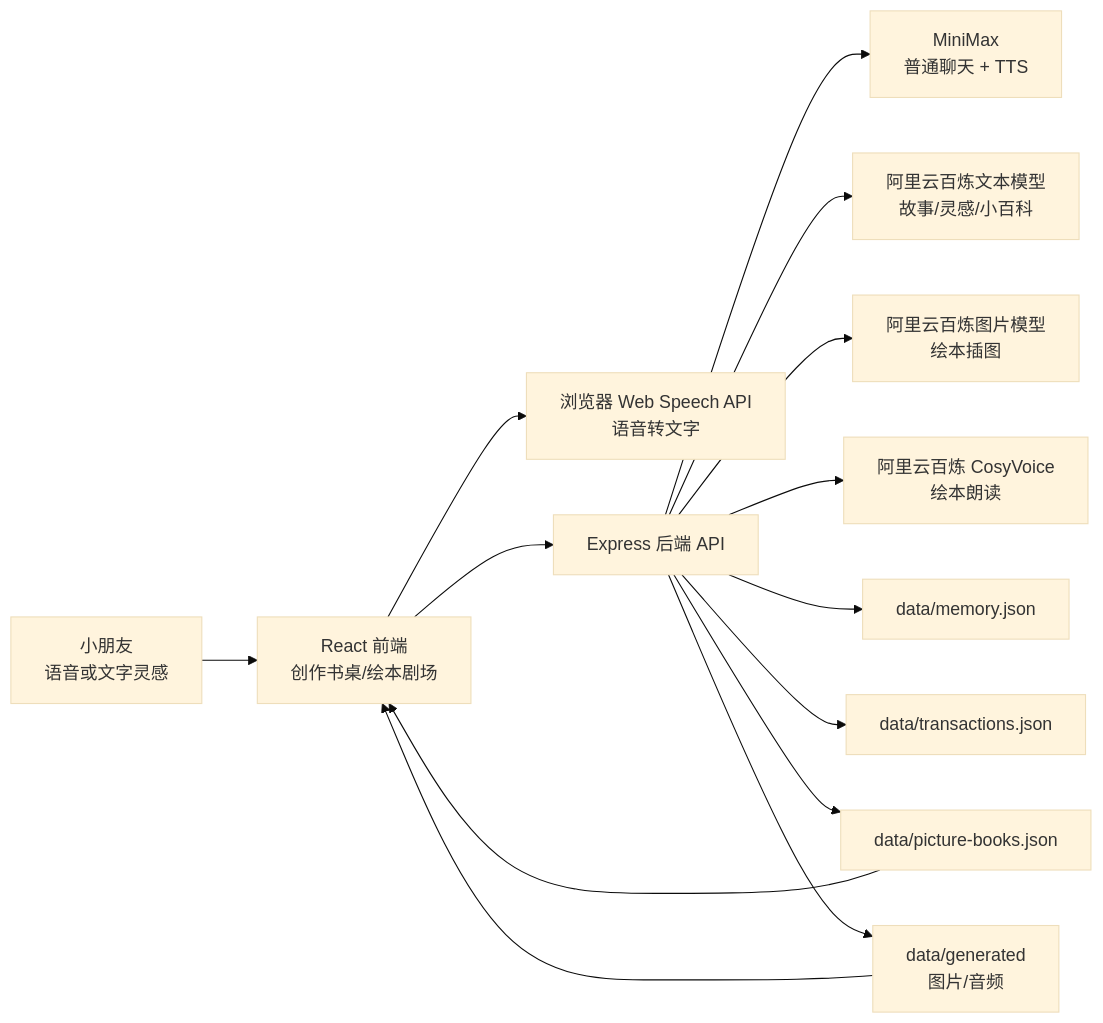
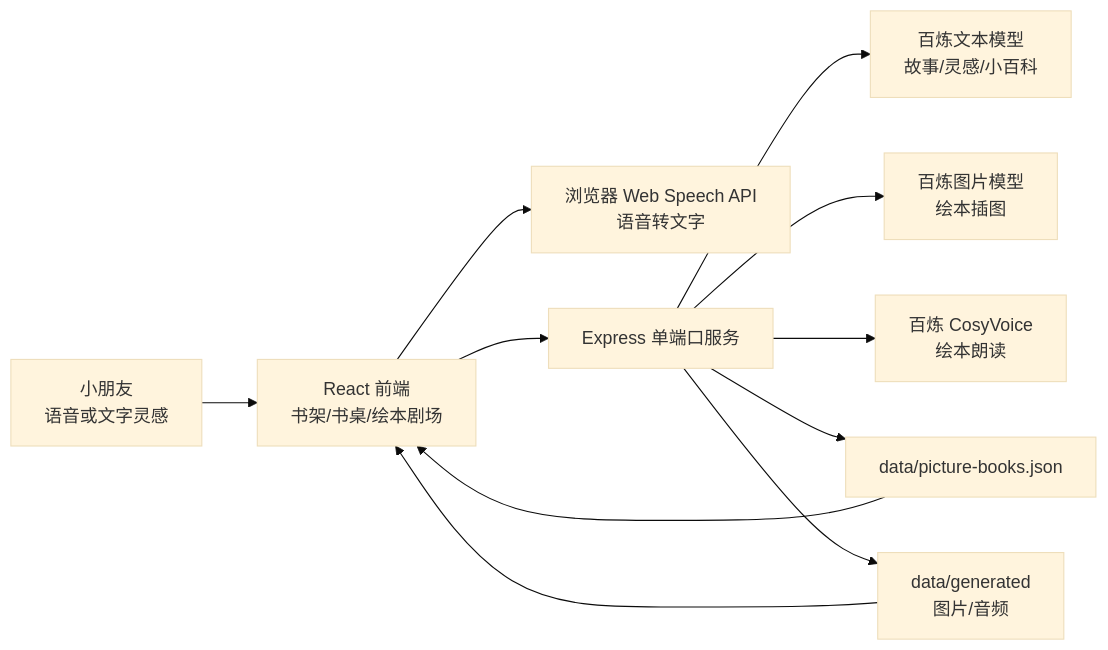
One commit to SeanXiao/guixiaoya changed the first of 2 diagrams in docs/software-architecture.md. Above: the diagram before and after it, drawn with Mermaid (base theme). The commit also changed other lines of this file and 16 other files, not shown here.

````diff
--- a/docs/software-architecture.md
+++ b/docs/software-architecture.md
@@ -61,19 +62,16 @@
 ```mermaid
 flowchart LR
-  Child["小朋友<br/>语音或文字灵感"] --> Browser["React 前端<br/>创作书桌/绘本剧场"]
+  Child["小朋友<br/>语音或文字灵感"] --> Browser["React 前端<br/>书架/书桌/绘本剧场"]
   Browser --> SpeechAPI["浏览器 Web Speech API<br/>语音转文字"]
-  Browser --> API["Express 后端 API"]
+  Browser --> API["Express 单端口服务"]
 
-  API --> MiniMax["MiniMax<br/>普通聊天 + TTS"]
-  API --> BailianText["阿里云百炼文本模型<br/>故事/灵感/小百科"]
-  API --> BailianImage["阿里云百炼图片模型<br/>绘本插图"]
-  API --> BailianTTS["阿里云百炼 CosyVoice<br/>绘本朗读"]
+  API --> BailianText["百炼文本模型<br/>故事/灵感/小百科"]
+  API --> BailianImage["百炼图片模型<br/>绘本插图"]
+  API --> BailianTTS["百炼 CosyVoice<br/>绘本朗读"]
 
-  API --> Memory["data/memory.json"]
-  API --> Txn["data/transactions.json"]
   API --> Books["data/picture-books.json"]
   API --> Generated["data/generated<br/>图片/音频"]
 
+  Books --> Browser
   Generated --> Browser
-  Books --> Browser
 ```
````
